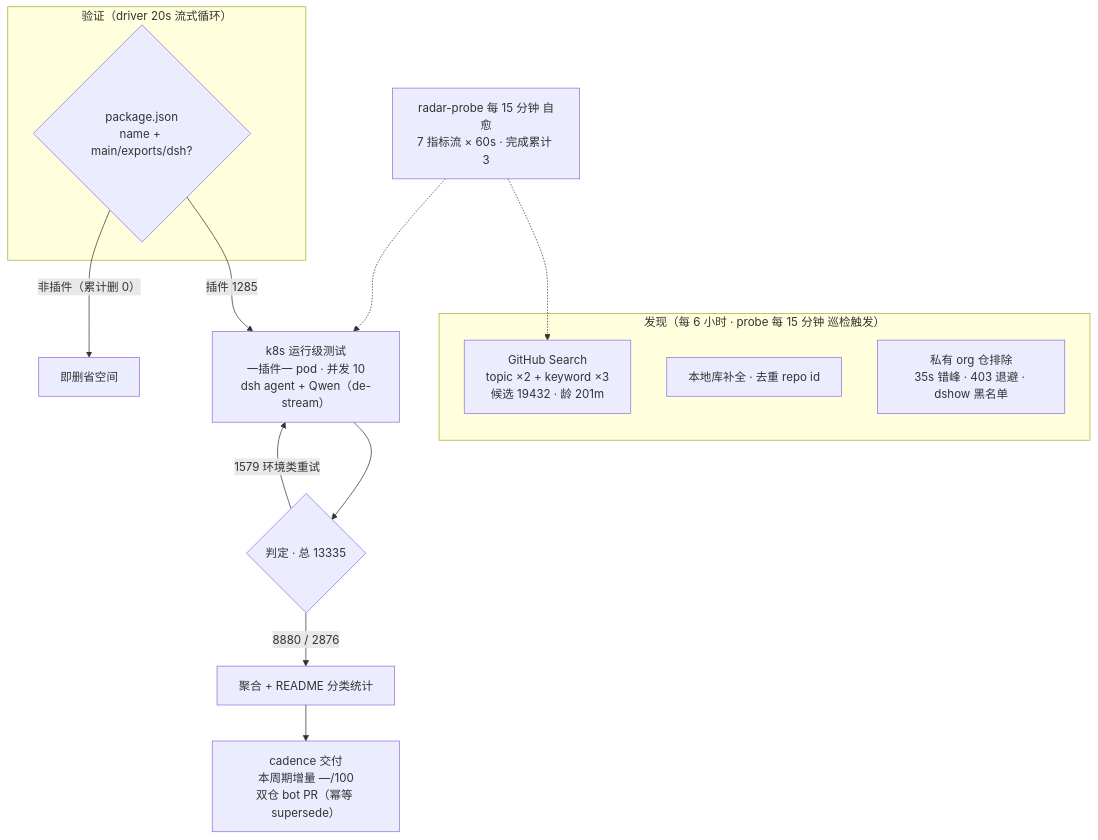
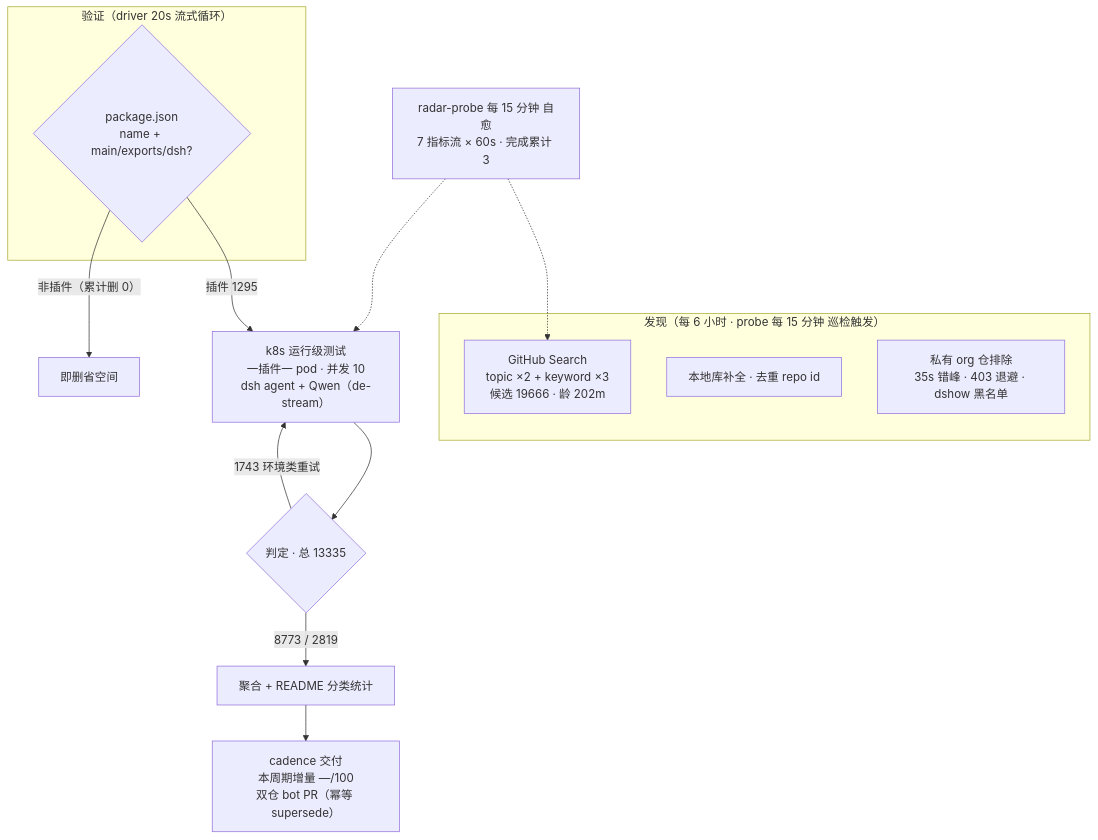
Before and after one commit to AdamPlatin123/dsh-plugin-radar: the diagram in README.md, drawn with Mermaid. The commit also changed other lines of this file and 18 other files, not shown here.

````diff
--- a/README.md
+++ b/README.md
@@ -52,20 +52,20 @@
 ```mermaid
 flowchart TB
     subgraph Discovery["发现（每 6 小时 · probe 每 15 分钟 巡检触发）"]
-        A1["GitHub Search<br/>topic ×2 + keyword ×3<br/>候选 19432 · 龄 201m"]
+        A1["GitHub Search<br/>topic ×2 + keyword ×3<br/>候选 19666 · 龄 202m"]
         A2["本地库补全 · 去重 repo id"]
         A3["私有 org 仓排除<br/>35s 错峰 · 403 退避 · dshow 黑名单"]
     end
     subgraph Validation["验证（driver 20s 流式循环）"]
         B1{"package.json<br/>name + main/exports/dsh?"}
     end
-    B1 -->|"插件 1285"| C1["k8s 运行级测试<br/>一插件一 pod · 并发 10<br/>dsh agent + Qwen（de-stream）"]
+    B1 -->|"插件 1295"| C1["k8s 运行级测试<br/>一插件一 pod · 并发 10<br/>dsh agent + Qwen（de-stream）"]
     B1 -->|"非插件（累计删 0）"| B3["即删省空间"]
     C1 --> D1{"判定 · 总 13335"}
-    D1 -->|"8880 / 2876"| E1["聚合 + README 分类统计"]
-    D1 -->|"1579 环境类重试"| C1
+    D1 -->|"8773 / 2819"| E1["聚合 + README 分类统计"]
+    D1 -->|"1743 环境类重试"| C1
     E1 --> E2["cadence 交付<br/>本周期增量 —/100<br/>双仓 bot PR（幂等 supersede）"]
     M["radar-probe 每 15 分钟 自愈<br/>7 指标流 × 60s · 完成累计 3"]
     M -.-> A1
     M -.-> C1
 ```
````
